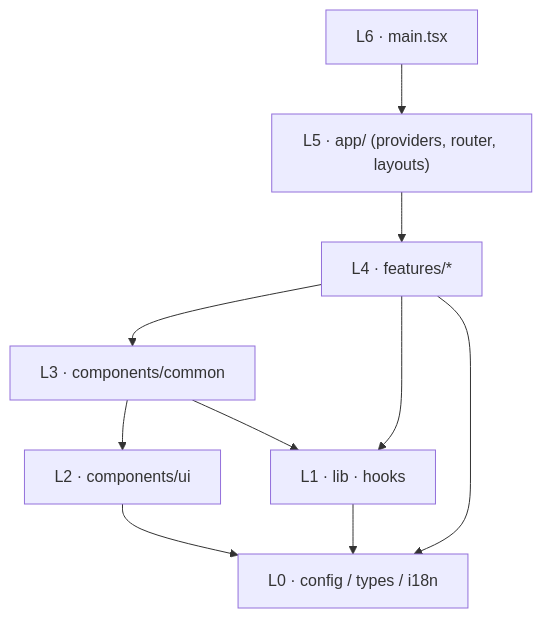
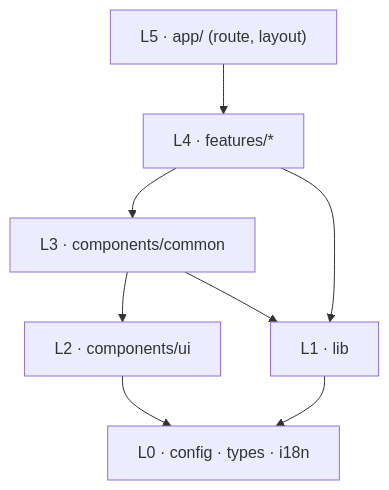
One commit to pradit2527/aidc-helpdesk changed the first of 2 diagrams in docs/20-frontend-architecture.md. Above: the diagram before and after it, drawn with Mermaid. The commit also changed other lines of this file, not shown here.

First line of the commit message:
Phase 0: 20-frontend-architecture v2.0 — เขียนใหม่สำหรับ Next.js

````diff
--- a/docs/20-frontend-architecture.md
+++ b/docs/20-frontend-architecture.md
@@ -139,20 +126,16 @@
 ```mermaid
 flowchart TD
-    L0["L0 · config / types / i18n"]
-    L1["L1 · lib · hooks"]
+    L0["L0 · config · types · i18n"]
+    L1["L1 · lib"]
     L2["L2 · components/ui"]
     L3["L3 · components/common"]
     L4["L4 · features/*"]
-    L5["L5 · app/ (providers, router, layouts)"]
-    L6["L6 · main.tsx"]
-
+    L5["L5 · app/ (route, layout)"]
     L1 --> L0
     L2 --> L0
     L3 --> L2
     L3 --> L1
     L4 --> L3
     L4 --> L1
-    L4 --> L0
     L5 --> L4
-    L6 --> L5
 ```
````
